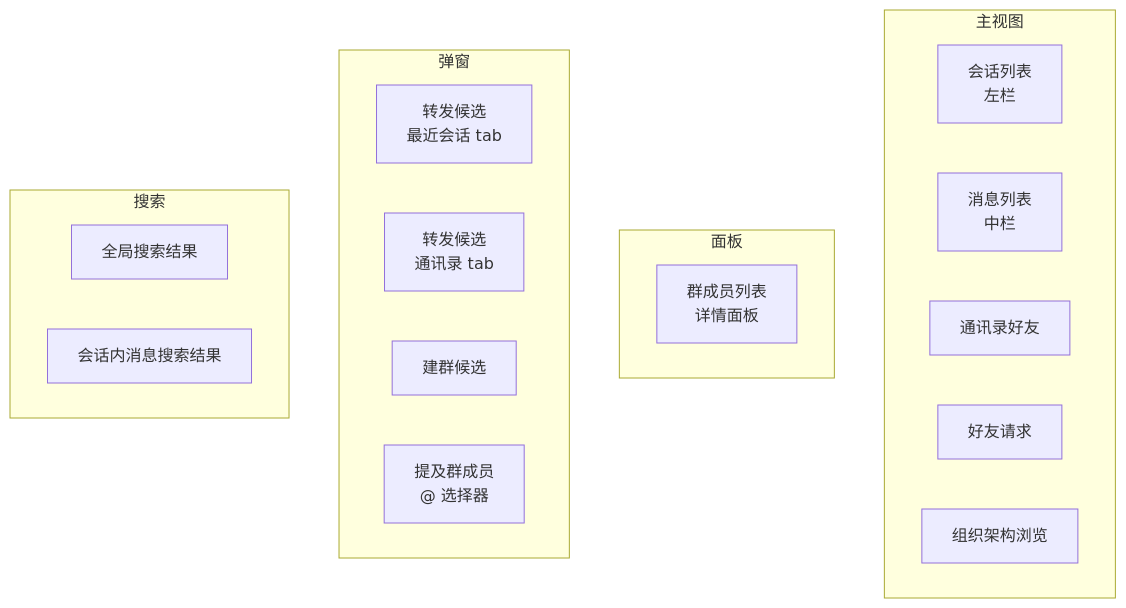
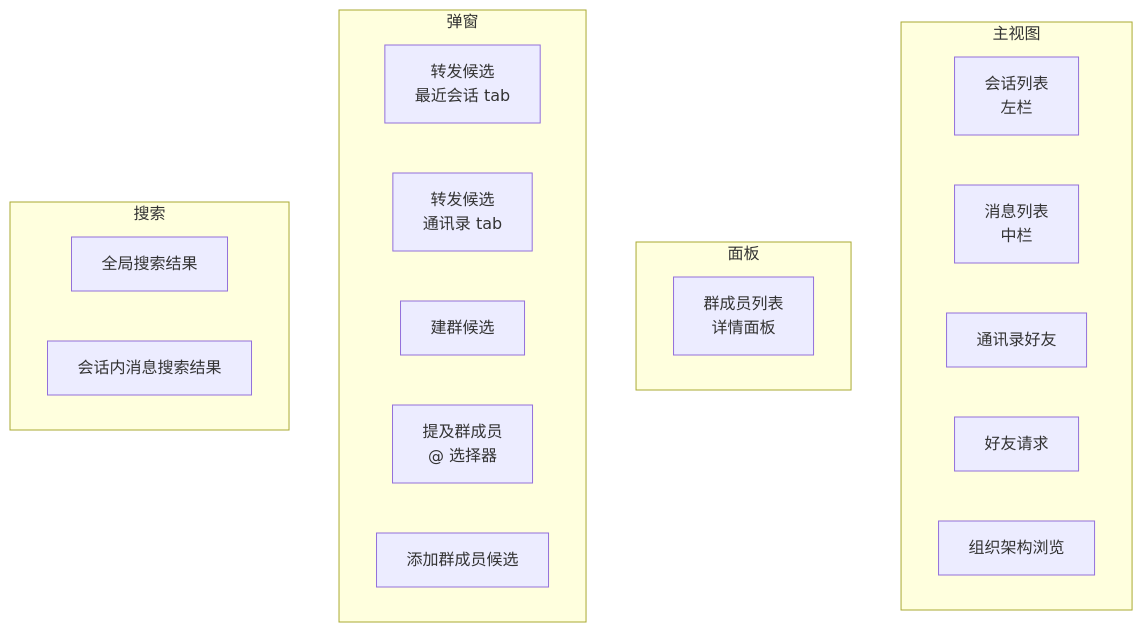
The first of 6 diagrams in packages/uikit/docs/有界消息流窗口设计方案.md (dacez/yimsg), drawn with Mermaid before and after one commit. The commit also changed other lines of this file and 1 other file, not shown here.

````diff
--- a/packages/uikit/docs/有界消息流窗口设计方案.md
+++ b/packages/uikit/docs/有界消息流窗口设计方案.md
@@ -72,23 +72,24 @@
 ```mermaid
 flowchart TB
     subgraph 主视图
         A["会话列表<br/>左栏"]
         B["消息列表<br/>中栏"]
         C["通讯录好友"]
         D["好友请求"]
         E["组织架构浏览"]
     end
     subgraph 面板
         F["群成员列表<br/>详情面板"]
     end
     subgraph 弹窗
         G["转发候选<br/>最近会话 tab"]
         H["转发候选<br/>通讯录 tab"]
         I["建群候选"]
         J["提及群成员<br/>@ 选择器"]
+        M["添加群成员候选"]
     end
     subgraph 搜索
         K["全局搜索结果"]
         L["会话内消息搜索结果"]
     end
 ```
````
